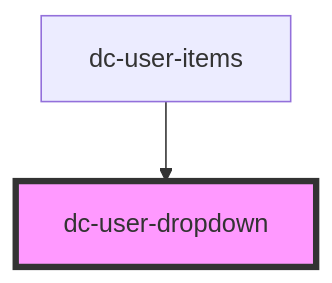
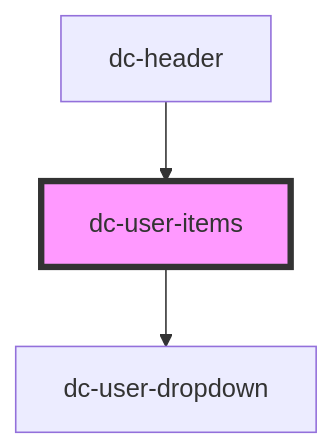
The diagram in packages/header-component/src/components/dc-header/readme.md (debtcollective/packages), drawn with Mermaid before and after one commit. The commit also changed other lines of this file, not shown here.

Commit message:
docs(header): update readme after latest changes

````diff
--- a/packages/header-component/src/components/dc-header/readme.md
+++ b/packages/header-component/src/components/dc-header/readme.md
@@ -21,5 +25,6 @@
 ```mermaid
 graph TD;
   dc-user-items --> dc-user-dropdown
-  style dc-user-dropdown fill:#f9f,stroke:#333,stroke-width:4px
+  dc-header --> dc-user-items
+  style dc-user-items fill:#f9f,stroke:#333,stroke-width:4px
 ```
````
